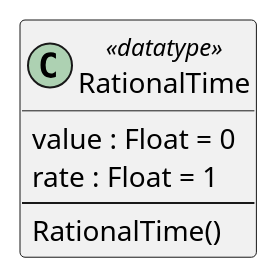
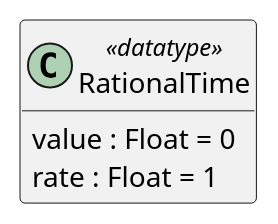
Diagram 25 of 32 in src/main/md/otio-core.md (sandflow/otio-core-specification), drawn with PlantUML before and after one commit. The commit also changed other lines of this file, not shown here.

````diff
--- a/src/main/md/otio-core.md
+++ b/src/main/md/otio-core.md
@@ -1627,14 +1625,12 @@
 ```puml
 @startuml
 hide empty members
 skinparam classAttributeIconSize 0
 
 class RationalTime <<datatype>> {
   value : Float = 0
   rate : Float = 1
-  --
-  RationalTime()
 }
 
 @enduml
 ```
````
